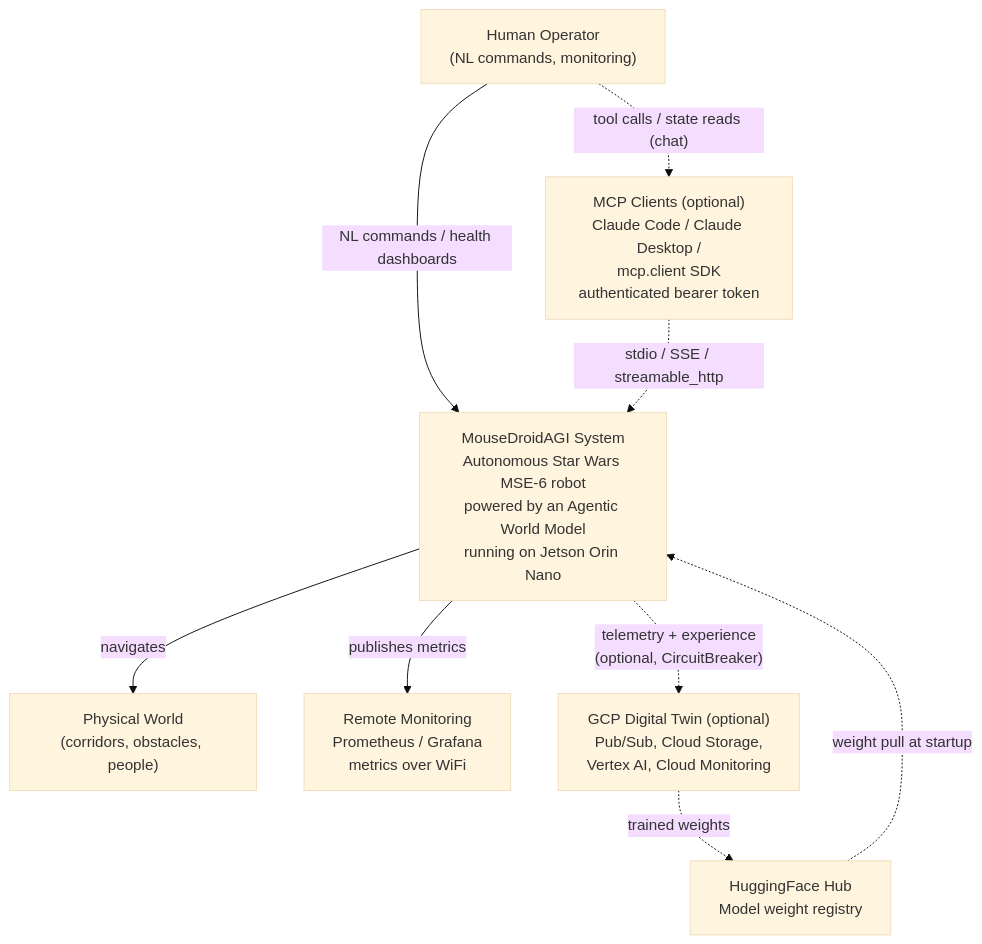
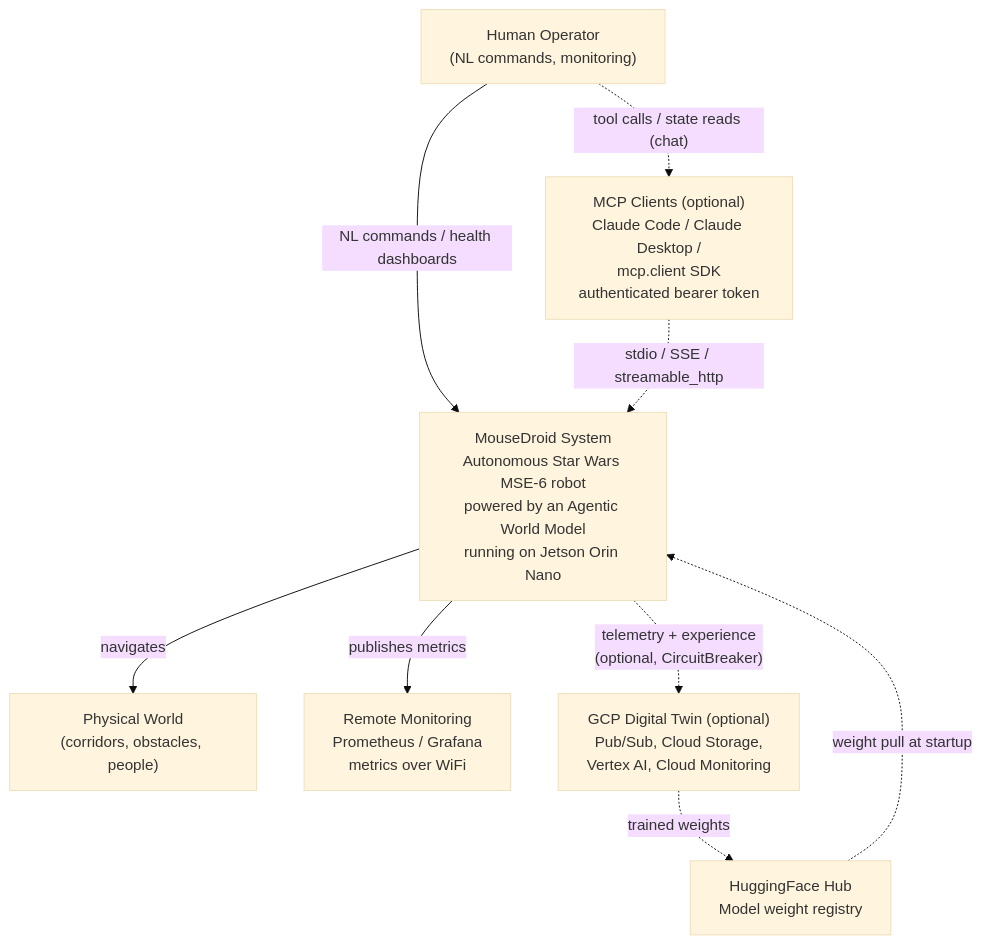
One commit to ianshank/Mouse-Droid-AGI changed the first of 21 diagrams in docs/architecture.md. Above: the diagram before and after it, drawn with Mermaid (base theme). The commit also changed other lines of this file and 83 other files, not shown here.

First line of the commit message:
Reframe as MouseDroid edge-robotics portfolio; stop tracking large blobs (#167)

````diff
--- a/docs/architecture.md
+++ b/docs/architecture.md
@@ -9,19 +9,19 @@
 ```mermaid
 graph TD
     HumanOp["Human Operator\n(NL commands, monitoring)"]
-    System["MouseDroidAGI System\nAutonomous Star Wars MSE-6 robot\npowered by an Agentic World Model\nrunning on Jetson Orin Nano"]
+    System["MouseDroid System\nAutonomous Star Wars MSE-6 robot\npowered by an Agentic World Model\nrunning on Jetson Orin Nano"]
     PhysWorld["Physical World\n(corridors, obstacles, people)"]
     RemoteMonitor["Remote Monitoring\nPrometheus / Grafana\nmetrics over WiFi"]
     MCPClient["MCP Clients (optional)\nClaude Code / Claude Desktop /\nmcp.client SDK\nauthenticated bearer token"]
     GCPCloud["GCP Digital Twin (optional)\nPub/Sub, Cloud Storage,\nVertex AI, Cloud Monitoring"]
     HFHub["HuggingFace Hub\nModel weight registry"]
 
     HumanOp -- "NL commands / health dashboards" --> System
     HumanOp -. "tool calls / state reads (chat)" .-> MCPClient
     MCPClient -. "stdio / SSE / streamable_http" .-> System
     System -- "navigates" --> PhysWorld
     System -- "publishes metrics" --> RemoteMonitor
     System -. "telemetry + experience\n(optional, CircuitBreaker)" .-> GCPCloud
     GCPCloud -. "trained weights" .-> HFHub
     HFHub -. "weight pull at startup" .-> System
 ```
````
